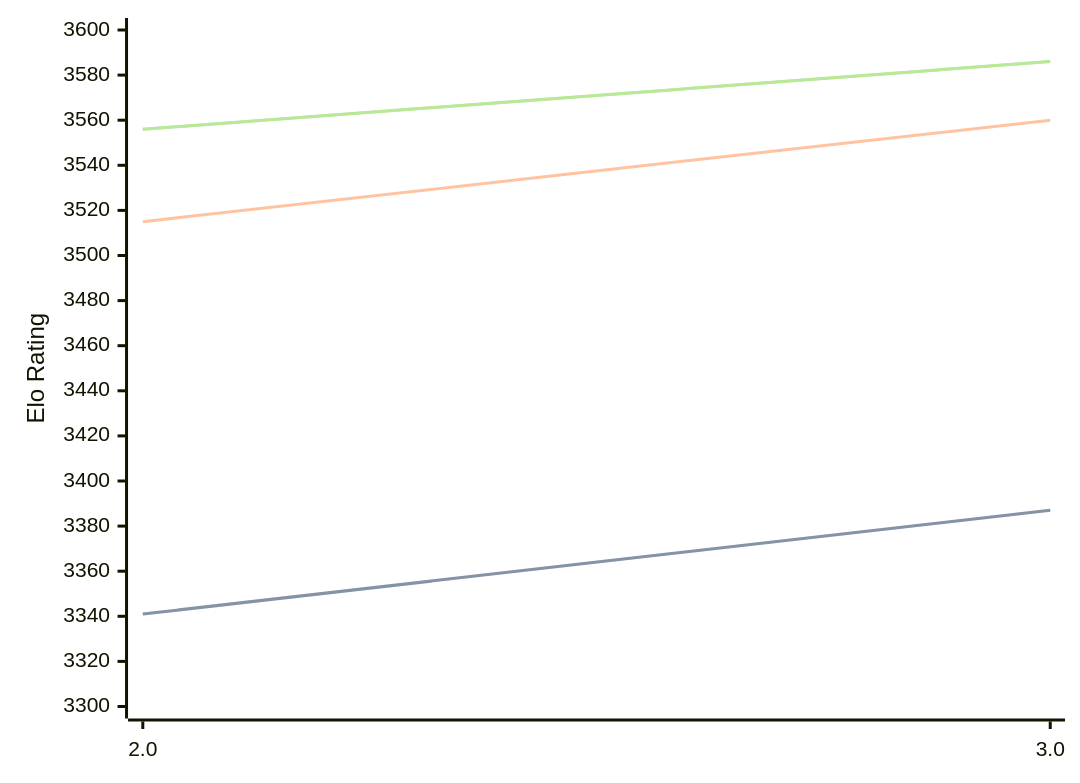
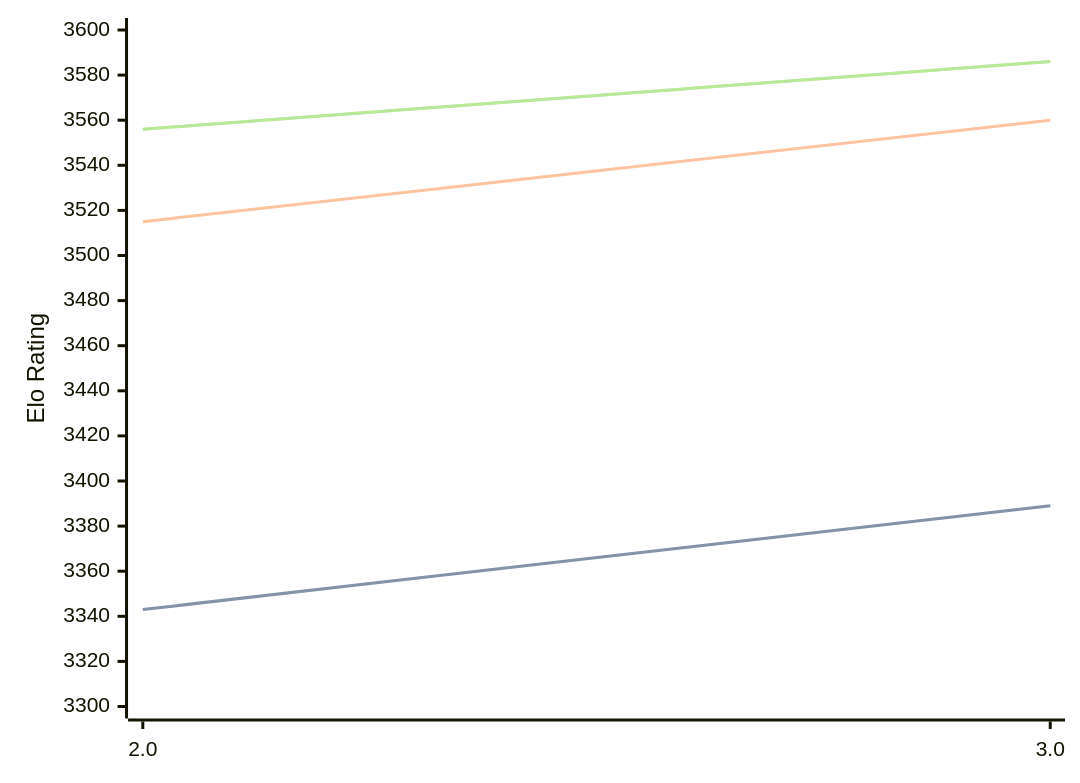
One commit to computer-chess-index/cci changed the diagram in engines/Quanticade.md. Above: the diagram before and after it, drawn with Mermaid. The commit also changed other lines of this file, not shown here.

````diff
--- a/engines/Quanticade.md
+++ b/engines/Quanticade.md
@@ -41,11 +41,11 @@
 ```mermaid
 %%{init: {"theme":"base","themeVariables":{"seriesColors:['#a3a3a3','#222221','#faa371']}}}%%
 xychart-beta
   x-axis ["2.0", "3.0"]
   y-axis "Elo Rating" 3300 --> 3600
-  line "STC (8.0+0.08s)" [3341, 3387]
-  line "STC (8.0+0.08s)" [3341, 3387]
+  line "STC (8.0+0.08s)" [3343, 3389]
+  line "STC (8.0+0.08s)" [3343, 3389]
   line "LTC (60.0+0.60s)" [3515, 3560]
   line "VLTC (2m24s+1.12s)" [3556, 3586]
   line "VLTC (2m24s+1.12s)" [3556, 3586]
 ```
````
